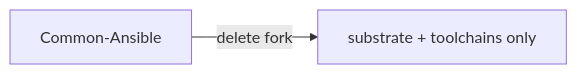
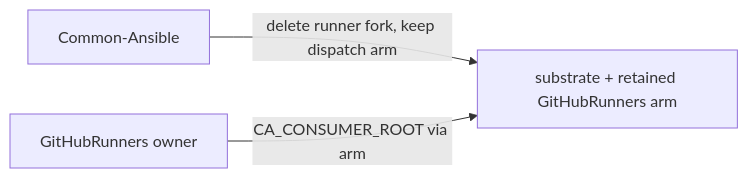
Before and after one commit to Klark-Morrigan/Infrastructure-Vm-Ansible: diagram 11 of 25 in docs/dev/implementation/19-common-ansible-extraction-and-toolchain-provisioning/plan.md, drawn with Mermaid. The commit also changed other lines of this file and 102 other files, not shown here.

Commit message:
chore: delete runner fork

````diff
--- a/docs/dev/implementation/19-common-ansible-extraction-and-toolchain-provisioning/plan.md
+++ b/docs/dev/implementation/19-common-ansible-extraction-and-toolchain-provisioning/plan.md
@@ -529,4 +564,5 @@
 ```mermaid
 flowchart LR
-  CA[Common-Ansible] -->|delete fork| SUB[substrate + toolchains only]
+  CA[Common-Ansible] -->|delete runner fork, keep dispatch arm| SUB[substrate + retained GitHubRunners arm]
+  GR[GitHubRunners owner] -->|CA_CONSUMER_ROOT via arm| SUB
 ```
````
